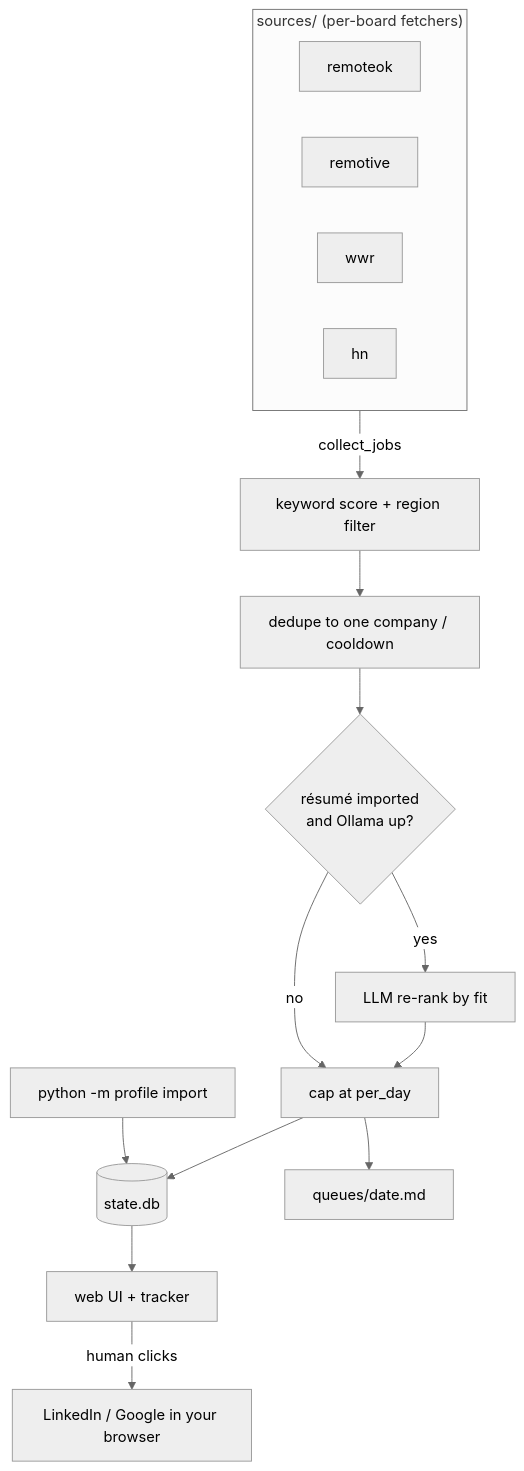
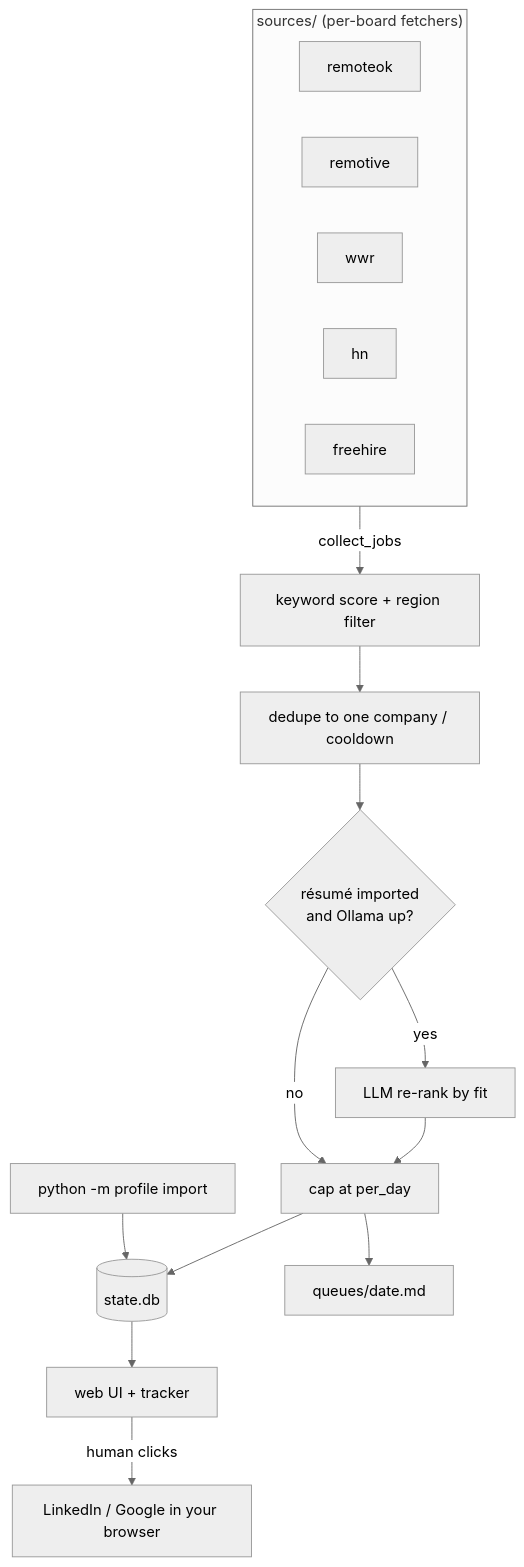
Before and after one commit to djornada/simple-job-seeker: the diagram in server/docs/architecture.md, drawn with Mermaid (neutral theme). The commit also changed other lines of this file and 6 other files, not shown here.

````diff
--- a/server/docs/architecture.md
+++ b/server/docs/architecture.md
@@ -31,16 +31,16 @@
 ```mermaid
 flowchart TD
     subgraph sources["sources/ (per-board fetchers)"]
-        RO[remoteok] & RE[remotive] & WWR[wwr] & HN[hn]
+        RO[remoteok] & RE[remotive] & WWR[wwr] & HN[hn] & FH[freehire]
     end
     sources -->|collect_jobs| GATE[keyword score + region filter]
     GATE --> DEDUP[dedupe to one company / cooldown]
     DEDUP --> RR{résumé imported<br/>and Ollama up?}
     RR -->|yes| LLM[LLM re-rank by fit] --> CAP[cap at per_day]
     RR -->|no| CAP
     CAP --> DB[(state.db)]
     CAP --> MD[queues/date.md]
     DB --> WEB[web UI + tracker]
     PROF[python -m profile import] --> DB
     WEB -->|human clicks| LI[LinkedIn / Google in your browser]
 ```
````
